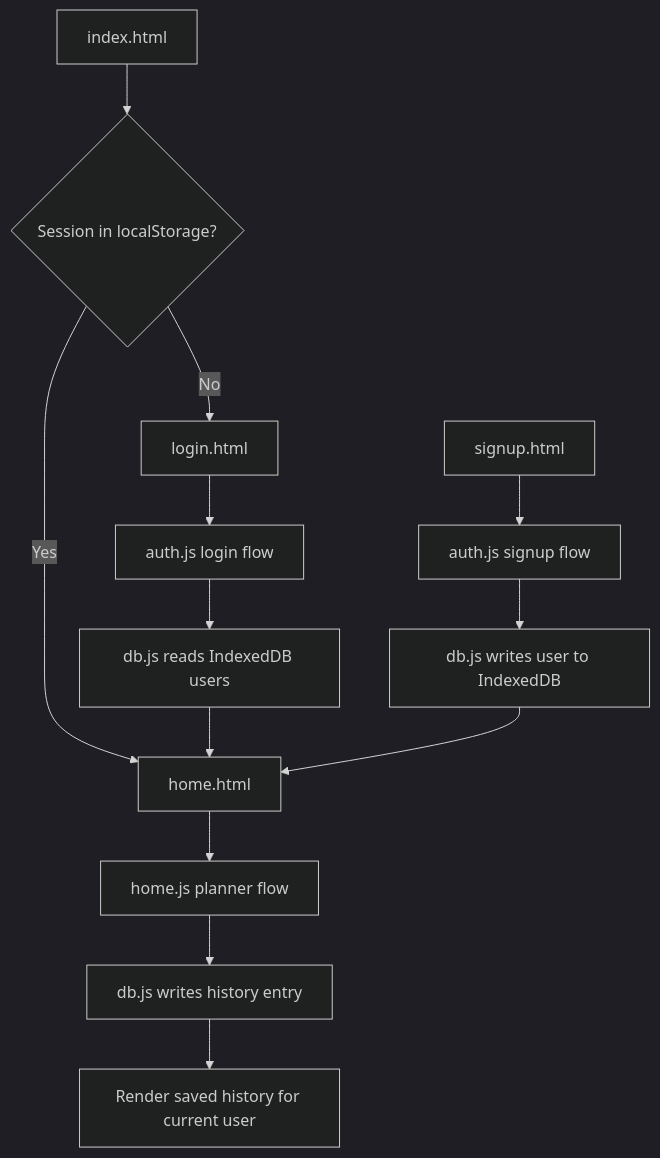
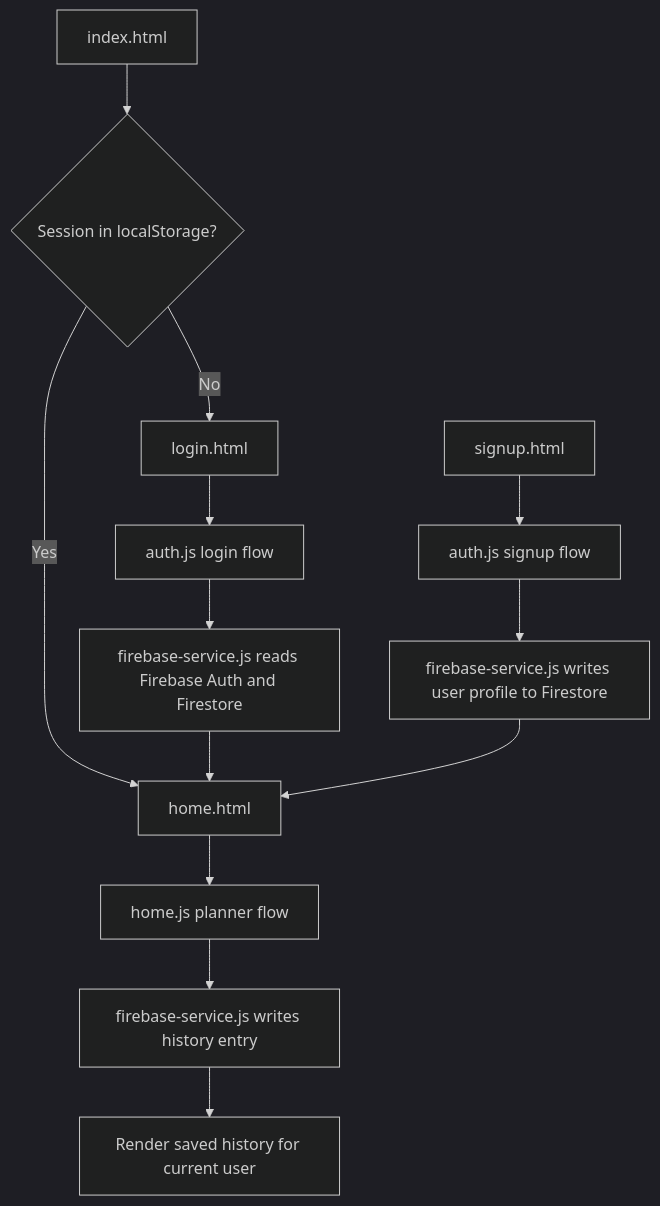
The diagram in README.md (kar151A/brew-cofee-chat), drawn with Mermaid (dark theme) before and after one commit. The commit also changed other lines of this file and 9 other files, not shown here.

Commit message:
Integrate Firebase auth and Firestore

````diff
--- a/README.md
+++ b/README.md
@@ -63,15 +65,15 @@
 ```mermaid
 flowchart TD
     A["index.html"] --> B{"Session in localStorage?"}
     B -- "Yes" --> C["home.html"]
     B -- "No" --> D["login.html"]
     D --> E["auth.js login flow"]
-    E --> F["db.js reads IndexedDB users"]
+    E --> F["firebase-service.js reads Firebase Auth and Firestore"]
     F --> C
     G["signup.html"] --> H["auth.js signup flow"]
-    H --> I["db.js writes user to IndexedDB"]
+    H --> I["firebase-service.js writes user profile to Firestore"]
     I --> C
     C --> J["home.js planner flow"]
-    J --> K["db.js writes history entry"]
+    J --> K["firebase-service.js writes history entry"]
     K --> L["Render saved history for current user"]
 ```
````
